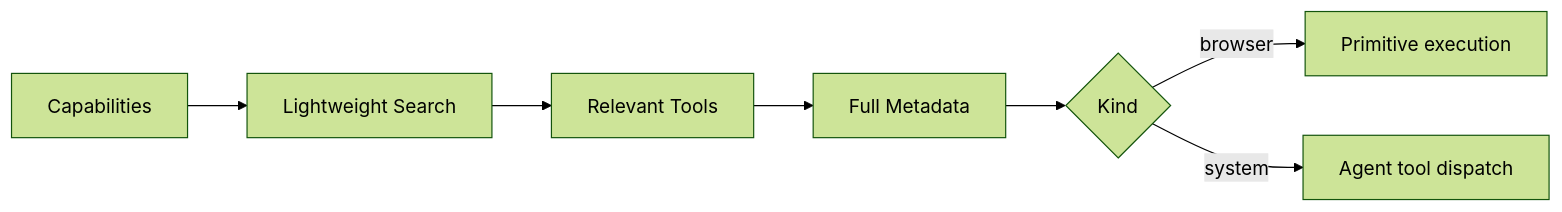
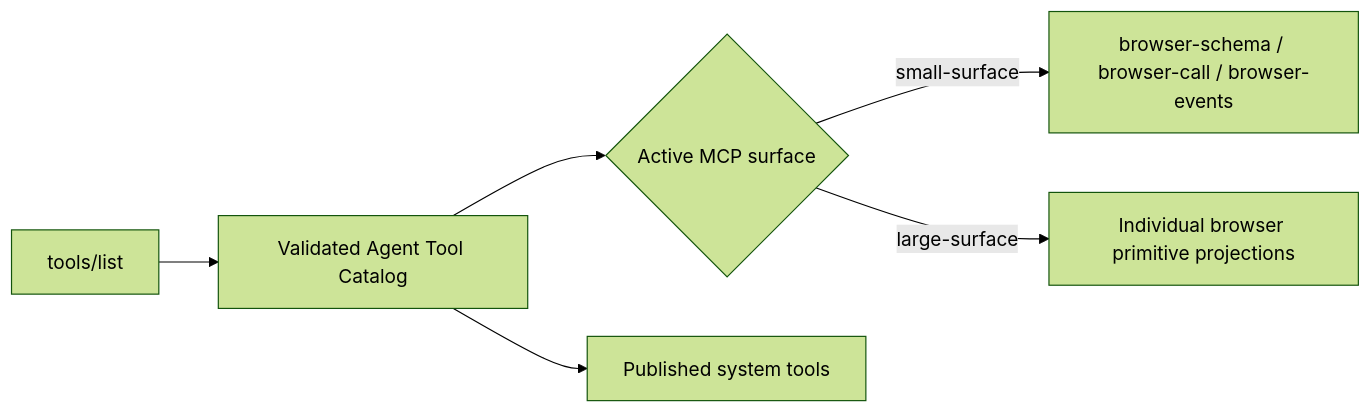
One commit to FabioFlorey/jelly changed the second of 2 diagrams in docs/DISCOVERY.md. Above: the diagram before and after it, drawn with Mermaid (forest theme). The commit also changed other lines of this file and 64 other files, not shown here.

Commit message:
feat: add agent API surfaces and browser runtime infrastructure

````diff
--- a/docs/DISCOVERY.md
+++ b/docs/DISCOVERY.md
@@ -10,9 +42,8 @@
 ```mermaid
 flowchart LR
-    A[Capabilities] --> B[Lightweight Search]
-    B --> C[Relevant Tools]
-    C --> D[Full Metadata]
-    D --> E{Kind}
-    E -->|browser| F[Primitive execution]
-    E -->|system| G[Agent tool dispatch]
+    L[tools/list] --> A[Validated Agent Tool Catalog]
+    A --> C{Active MCP surface}
+    C -->|small-surface| B[browser-schema / browser-call / browser-events]
+    C -->|large-surface| P[Individual browser primitive projections]
+    A --> S[Published system tools]
 ```
````
